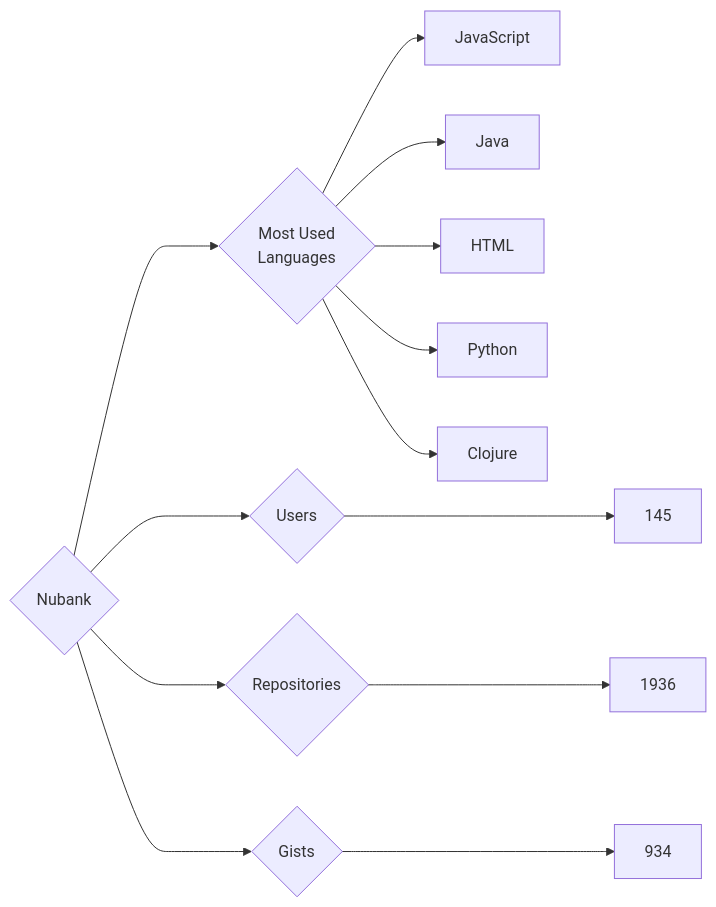
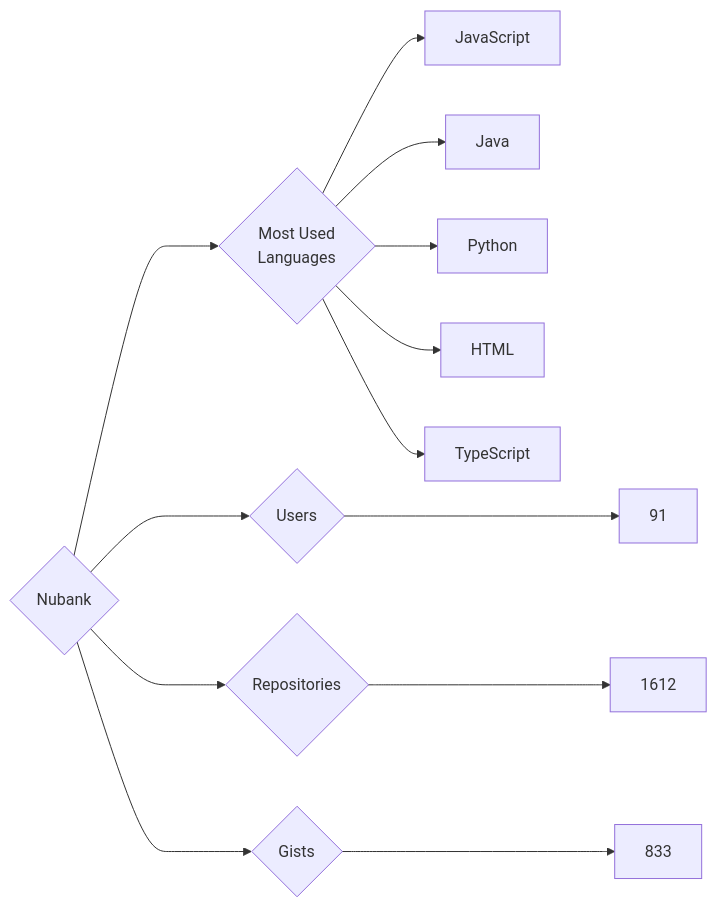
One commit to trickest/insiders changed the diagram in targets/Nubank/README.md. Above: the diagram before and after it, drawn with Mermaid. The commit also changed 953 other files, not shown here.

````diff
--- a/targets/Nubank/README.md
+++ b/targets/Nubank/README.md
@@ -3,13 +3,13 @@
 ```mermaid
 graph LR
 COMPANY_NAME{Nubank}
-COMPANY_NAME ---> U{Users} ---> UN[145]
-COMPANY_NAME ---> R{Repositories} ---> RN[1936]
-COMPANY_NAME ---> G{Gists} ---> GN[934]
+COMPANY_NAME ---> U{Users} ---> UN[91]
+COMPANY_NAME ---> R{Repositories} ---> RN[1612]
+COMPANY_NAME ---> G{Gists} ---> GN[833]
 COMPANY_NAME ---> ML{Most Used<br>Languages}
 ML --> JavaScript[JavaScript]
 ML --> Java[Java]
+ML --> Python[Python]
 ML --> HTML[HTML]
-ML --> Python[Python]
-ML --> Clojure[Clojure]
+ML --> TypeScript[TypeScript]
 ```
````
